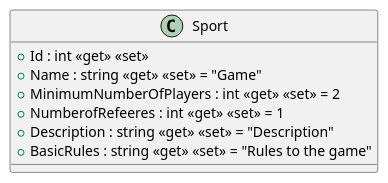
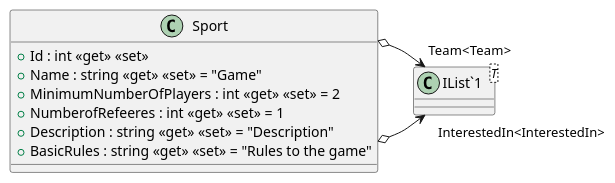
The diagram in src/AppForSEII.API/ClassDiagram/Sport.puml (SEII2627SEALLUAN/SEII2627SEALLUAN), drawn with PlantUML before and after one commit. The commit also changed 13 other files, not shown here.

Commit message:
Add CreateIdentitySchema migration for N:N relationships and updated class diagrams

```diff
--- a/src/AppForSEII.API/ClassDiagram/Sport.puml
+++ b/src/AppForSEII.API/ClassDiagram/Sport.puml
@@ -1,10 +1,14 @@
 @startuml
 class Sport {
     + Id : int <<get>> <<set>>
     + Name : string <<get>> <<set>> = "Game"
     + MinimumNumberOfPlayers : int <<get>> <<set>> = 2
     + NumberofRefeeres : int <<get>> <<set>> = 1
     + Description : string <<get>> <<set>> = "Description"
     + BasicRules : string <<get>> <<set>> = "Rules to the game"
 }
+class "IList`1"<T> {
+}
+Sport o-> "InterestedIn<InterestedIn>" "IList`1"
+Sport o-> "Team<Team>" "IList`1"
 @enduml
```
